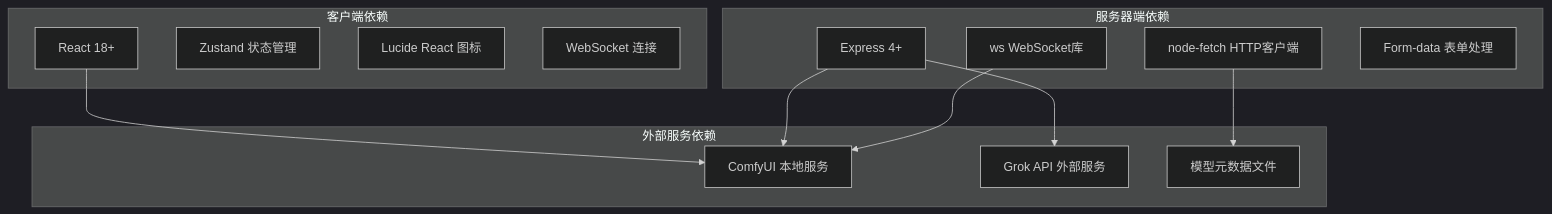
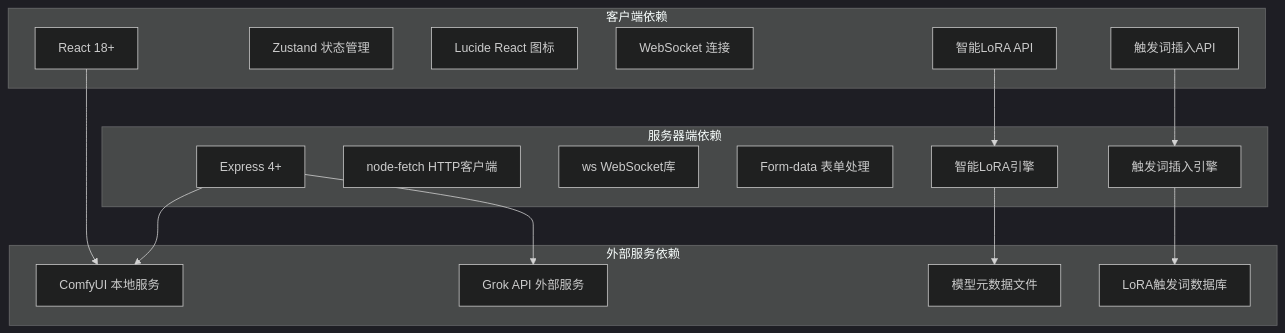
Before and after one commit to billye220670/CorineKit_Pix2Real: the ninth of 9 diagrams in .qoder/repowiki/zh/content/AI浮动按钮组件.md, drawn with Mermaid (dark theme). The commit also changed other lines of this file and 11 other files, not shown here.

````diff
--- a/.qoder/repowiki/zh/content/AI浮动按钮组件.md
+++ b/.qoder/repowiki/zh/content/AI浮动按钮组件.md
@@ -325,25 +480,32 @@
 ```mermaid
 graph TB
 subgraph "客户端依赖"
 A[React 18+]
 B[Zustand 状态管理]
 C[Lucide React 图标]
 D[WebSocket 连接]
+E[智能LoRA API]
+F[触发词插入API]
 end
 subgraph "服务器端依赖"
-E[Express 4+]
-F[node-fetch HTTP客户端]
-G[ws WebSocket库]
-H[Form-data 表单处理]
+G[Express 4+]
+H[node-fetch HTTP客户端]
+I[ws WebSocket库]
+J[Form-data 表单处理]
+K[智能LoRA引擎]
+L[触发词插入引擎]
 end
 subgraph "外部服务依赖"
-I[ComfyUI 本地服务]
-J[Grok API 外部服务]
-K[模型元数据文件]
+M[ComfyUI 本地服务]
+N[Grok API 外部服务]
+O[模型元数据文件]
+P[LoRA触发词数据库]
 end
-A --> I
-E --> I
-E --> J
-F --> K
-G --> I
+A --> M
+G --> M
+G --> N
+K --> O
+L --> P
+E --> K
+F --> L
 ```
````
